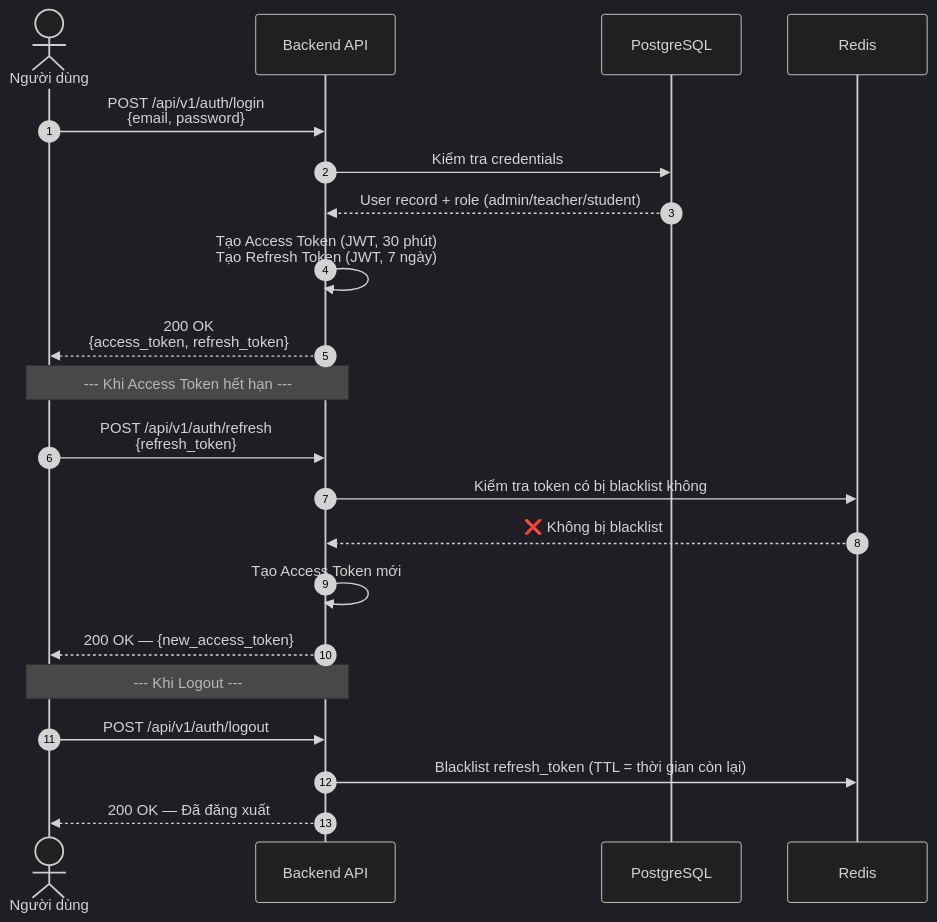
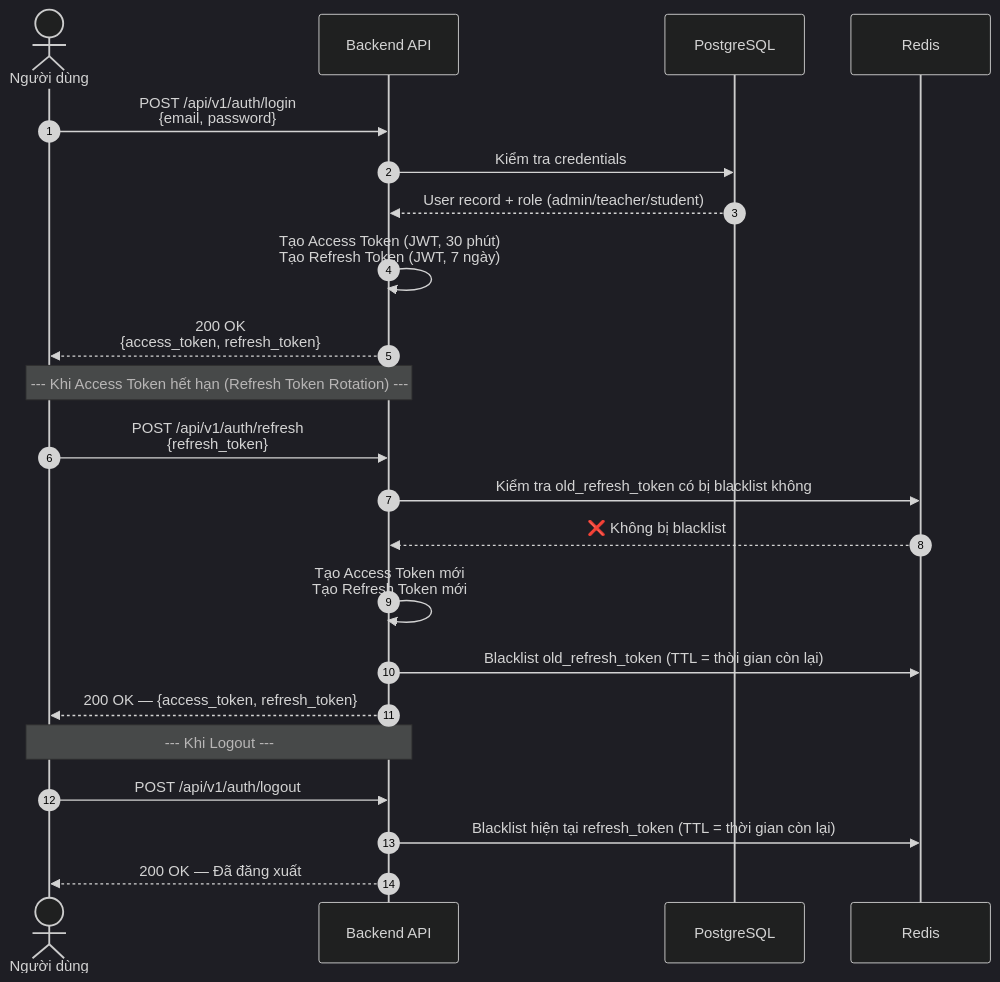
The fourth of 7 diagrams in docs/02_system_architecture.md (ntphong2104/lms-ai-system), drawn with Mermaid (dark theme) before and after one commit. The commit also changed other lines of this file and 2 other files, not shown here.

Commit message:
docs: fix 7 security and logic flaws in system architecture and database design

````diff
--- a/docs/02_system_architecture.md
+++ b/docs/02_system_architecture.md
@@ -193,28 +193,29 @@
 ```mermaid
 sequenceDiagram
     autonumber
     actor User as Người dùng
     participant API as Backend API
     participant PG as PostgreSQL
     participant Redis as Redis
 
     User->>API: POST /api/v1/auth/login<br/>{email, password}
     API->>PG: Kiểm tra credentials
     PG-->>API: User record + role (admin/teacher/student)
     API->>API: Tạo Access Token (JWT, 30 phút)<br/>Tạo Refresh Token (JWT, 7 ngày)
     API-->>User: 200 OK<br/>{access_token, refresh_token}
 
-    Note over User,API: --- Khi Access Token hết hạn ---
+    Note over User,API: --- Khi Access Token hết hạn (Refresh Token Rotation) ---
 
     User->>API: POST /api/v1/auth/refresh<br/>{refresh_token}
-    API->>Redis: Kiểm tra token có bị blacklist không
+    API->>Redis: Kiểm tra old_refresh_token có bị blacklist không
     Redis-->>API: ❌ Không bị blacklist
-    API->>API: Tạo Access Token mới
-    API-->>User: 200 OK — {new_access_token}
+    API->>API: Tạo Access Token mới<br/>Tạo Refresh Token mới
+    API->>Redis: Blacklist old_refresh_token (TTL = thời gian còn lại)
+    API-->>User: 200 OK — {access_token, refresh_token}
 
     Note over User,API: --- Khi Logout ---
 
     User->>API: POST /api/v1/auth/logout
-    API->>Redis: Blacklist refresh_token (TTL = thời gian còn lại)
+    API->>Redis: Blacklist hiện tại refresh_token (TTL = thời gian còn lại)
     API-->>User: 200 OK — Đã đăng xuất
 ```
````
